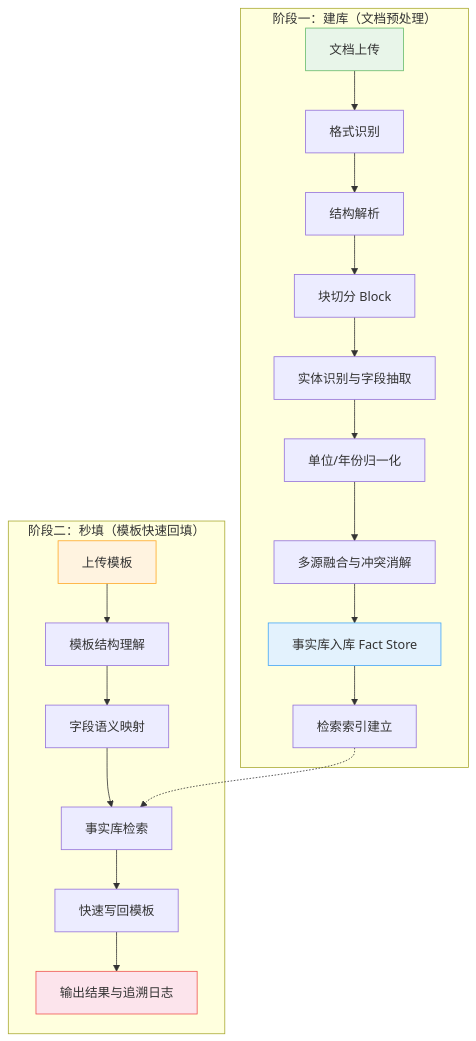
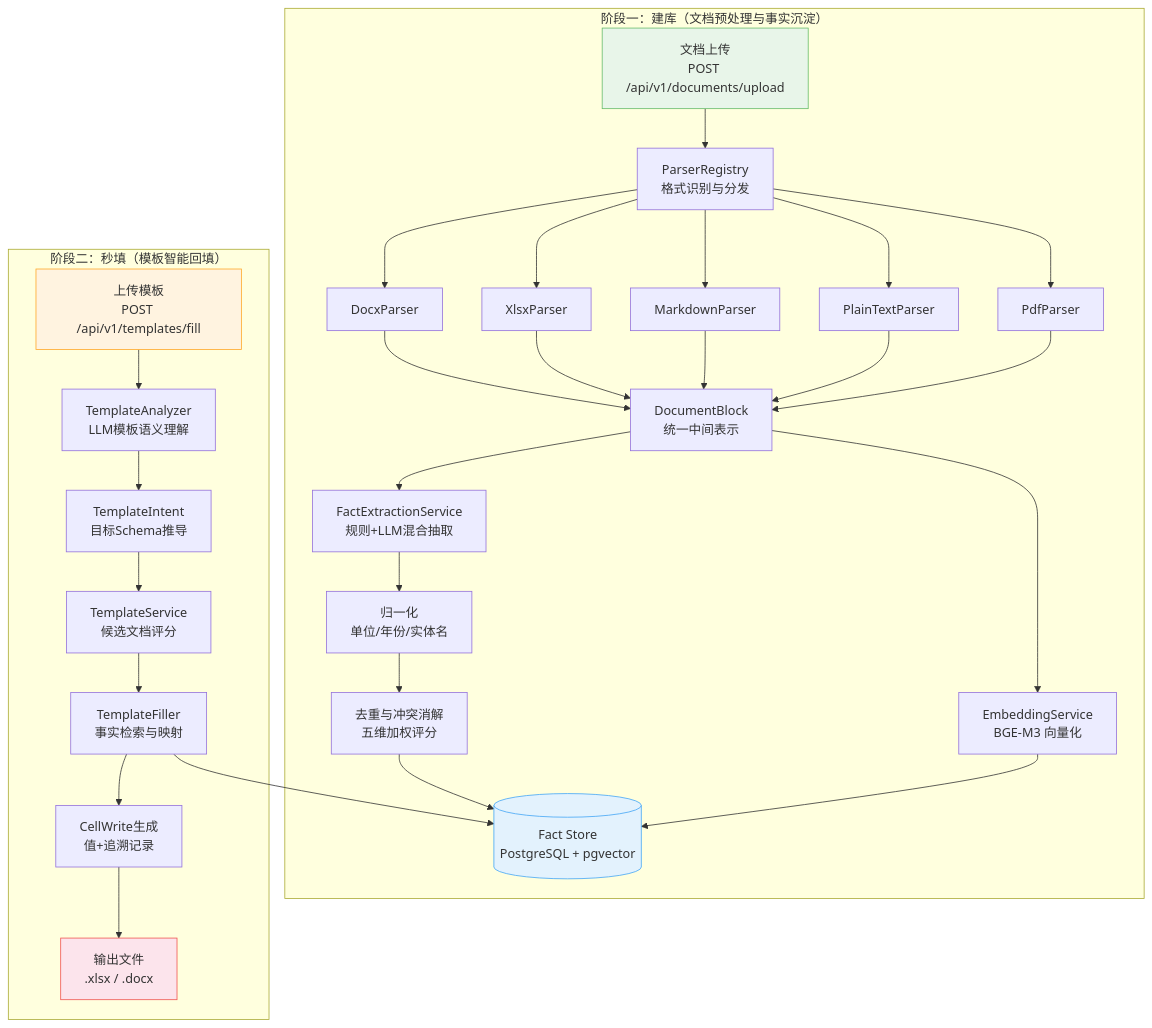
One commit to GGB0ND132/DocFusion-Copilot changed the second of 5 diagrams in 项目文档资料/项目详细方案.md. Above: the diagram before and after it, drawn with Mermaid. The commit also changed other lines of this file and 24 other files, not shown here.

````diff
--- a/项目文档资料/项目详细方案.md
+++ b/项目文档资料/项目详细方案.md
@@ -178,28 +229,33 @@
 ```mermaid
 graph TB
-    subgraph "阶段一：建库（文档预处理）"
-        A[文档上传] --> B[格式识别]
-        B --> C[结构解析]
-        C --> D[块切分 Block]
-        D --> E[实体识别与字段抽取]
-        E --> F[单位/年份归一化]
-        F --> G[多源融合与冲突消解]
-        G --> H[事实库入库 Fact Store]
-        H --> I[检索索引建立]
+    subgraph "阶段一：建库（文档预处理与事实沉淀）"
+        A[文档上传<br/>POST /api/v1/documents/upload] --> B[ParserRegistry<br/>格式识别与分发]
+        B --> C1[DocxParser]
+        B --> C2[XlsxParser]
+        B --> C3[MarkdownParser]
+        B --> C4[PlainTextParser]
+        B --> C5[PdfParser]
+        C1 & C2 & C3 & C4 & C5 --> D[DocumentBlock<br/>统一中间表示]
+        D --> E[FactExtractionService<br/>规则+LLM混合抽取]
+        E --> F[归一化<br/>单位/年份/实体名]
+        F --> G[去重与冲突消解<br/>五维加权评分]
+        G --> H[(Fact Store<br/>PostgreSQL + pgvector)]
+        D --> I[EmbeddingService<br/>BGE-M3 向量化]
+        I --> H
     end
 
-    subgraph "阶段二：秒填（模板快速回填）"
-        J[上传模板] --> K[模板结构理解]
-        K --> L[字段语义映射]
-        L --> M[事实库检索]
-        M --> N[快速写回模板]
-        N --> O[输出结果与追溯日志]
+    subgraph "阶段二：秒填（模板智能回填）"
+        J[上传模板<br/>POST /api/v1/templates/fill] --> K[TemplateAnalyzer<br/>LLM模板语义理解]
+        K --> L[TemplateIntent<br/>目标Schema推导]
+        L --> M[TemplateService<br/>候选文档评分]
+        M --> N[TemplateFiller<br/>事实检索与映射]
+        N --> H
+        N --> O[CellWrite生成<br/>值+追溯记录]
+        O --> P[输出文件<br/>.xlsx / .docx]
     end
-
-    I -.-> M
 
     style A fill:#E8F5E9,stroke:#66BB6A
     style H fill:#E3F2FD,stroke:#42A5F5
     style J fill:#FFF3E0,stroke:#FFA726
-    style O fill:#FCE4EC,stroke:#EF5350
+    style P fill:#FCE4EC,stroke:#EF5350
 ```
````
